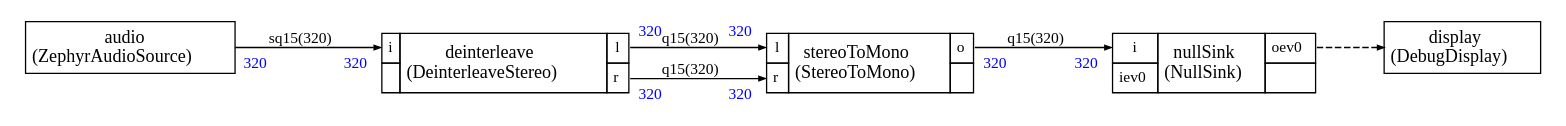
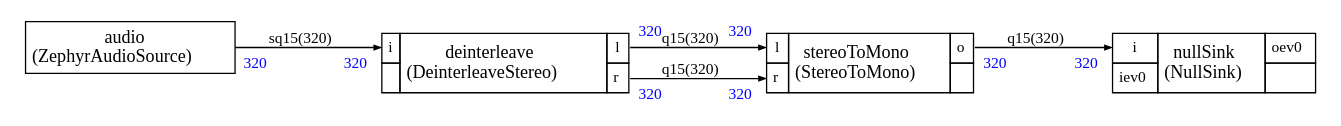
The diagram in src/stream/scheduler/graph.dot (christophe0606/ZephyrAI), drawn with Graphviz before and after one commit. The commit also changed 23 other files, not shown here.

```diff
--- a/src/stream/scheduler/graph.dot
+++ b/src/stream/scheduler/graph.dot
@@ -1,108 +1,98 @@
 
 
 
 
 
 
 digraph structs {
     bgcolor = "white"
     node [shape=plaintext,color="black",fontcolor="black",fontname="Times-Roman"]
     rankdir=LR
     edge [arrowsize="0.5",color="black",fontcolor="black",fontname="Times-Roman"]
 
 
 audio [label=<
 <TABLE color="black" bgcolor="none" BORDER="0" CELLBORDER="1" CELLSPACING="0" CELLPADDING="4">
   <TR>
     <TD ALIGN="CENTER" PORT="i"><FONT COLOR="black" POINT-SIZE="14.0">audio<BR/>(ZephyrAudioSource)</FONT></TD>
   </TR>
 </TABLE>>];
 
 
 deinterleave [label=<
 <TABLE color="black" bgcolor="none" BORDER="0" CELLBORDER="1" CELLSPACING="0" CELLPADDING="4">
   <TR>
     <TD PORT="i"><FONT POINT-SIZE="12.0" COLOR="black">i</FONT></TD>
     <TD ALIGN="CENTER" ROWSPAN="2"><FONT COLOR="black" POINT-SIZE="14.0">deinterleave<BR/>(DeinterleaveStereo)</FONT></TD>
     <TD PORT="l"><FONT POINT-SIZE="12.0" COLOR="black">l</FONT></TD>
   </TR>
 <TR>
  
 <TD></TD>
 <TD PORT="r"><FONT POINT-SIZE="12.0" COLOR="black">r</FONT></TD>
 </TR>
 
 </TABLE>>];
 
 
 nullSink [label=<
 <TABLE color="black" bgcolor="none" BORDER="0" CELLBORDER="1" CELLSPACING="0" CELLPADDING="4">
   <TR>
     <TD PORT="i"><FONT POINT-SIZE="12.0" COLOR="black">i</FONT></TD>
     <TD ALIGN="CENTER" ROWSPAN="2"><FONT COLOR="black" POINT-SIZE="14.0">nullSink<BR/>(NullSink)</FONT></TD>
     <TD PORT="oev0"><FONT POINT-SIZE="12.0" COLOR="black">oev0</FONT></TD>
   </TR>
 <TR>
 <TD PORT="iev0"><FONT POINT-SIZE="12.0" COLOR="black">iev0</FONT></TD>
 
  
 <TD></TD></TR>
 
 </TABLE>>];
 
 
 stereoToMono [label=<
 <TABLE color="black" bgcolor="none" BORDER="0" CELLBORDER="1" CELLSPACING="0" CELLPADDING="4">
   <TR>
     <TD PORT="l"><FONT POINT-SIZE="12.0" COLOR="black">l</FONT></TD>
     <TD ALIGN="CENTER" ROWSPAN="2"><FONT COLOR="black" POINT-SIZE="14.0">stereoToMono<BR/>(StereoToMono)</FONT></TD>
     <TD PORT="o"><FONT POINT-SIZE="12.0" COLOR="black">o</FONT></TD>
   </TR>
 <TR>
 <TD PORT="r"><FONT POINT-SIZE="12.0" COLOR="black">r</FONT></TD>
 
  
 <TD></TD></TR>
 
 </TABLE>>];
 
-display [label=<
-<TABLE color="black" bgcolor="none" BORDER="0" CELLBORDER="1" CELLSPACING="0" CELLPADDING="4">
-  <TR>
-    <TD ALIGN="CENTER" PORT="i"><FONT COLOR="black" POINT-SIZE="14.0">display<BR/>(DebugDisplay)</FONT></TD>
-  </TR>
-</TABLE>>];
-
 
 
 audio:i -> deinterleave:i [style="solid",color="black",fontsize="12.0",fontcolor="black",label=<sq15(320)>
 ,headlabel=<<TABLE BORDER="0" CELLPADDING="4"><TR><TD><FONT COLOR="blue" POINT-SIZE="12.0" >320</FONT>
 </TD></TR></TABLE>>
 ,taillabel=<<TABLE BORDER="0" CELLPADDING="4"><TR><TD><FONT COLOR="blue" POINT-SIZE="12.0" >320</FONT>
 </TD></TR></TABLE>>]
 
 deinterleave:l -> stereoToMono:l [style="solid",color="black",fontsize="12.0",fontcolor="black",label=<q15(320)>
 ,headlabel=<<TABLE BORDER="0" CELLPADDING="4"><TR><TD><FONT COLOR="blue" POINT-SIZE="12.0" >320</FONT>
 </TD></TR></TABLE>>
 ,taillabel=<<TABLE BORDER="0" CELLPADDING="4"><TR><TD><FONT COLOR="blue" POINT-SIZE="12.0" >320</FONT>
 </TD></TR></TABLE>>]
 
 deinterleave:r -> stereoToMono:r [style="solid",color="black",fontsize="12.0",fontcolor="black",label=<q15(320)>
 ,headlabel=<<TABLE BORDER="0" CELLPADDING="4"><TR><TD><FONT COLOR="blue" POINT-SIZE="12.0" >320</FONT>
 </TD></TR></TABLE>>
 ,taillabel=<<TABLE BORDER="0" CELLPADDING="4"><TR><TD><FONT COLOR="blue" POINT-SIZE="12.0" >320</FONT>
 </TD></TR></TABLE>>]
 
 stereoToMono:o -> nullSink:i [style="solid",color="black",fontsize="12.0",fontcolor="black",label=<q15(320)>
 ,headlabel=<<TABLE BORDER="0" CELLPADDING="4"><TR><TD><FONT COLOR="blue" POINT-SIZE="12.0" >320</FONT>
 </TD></TR></TABLE>>
 ,taillabel=<<TABLE BORDER="0" CELLPADDING="4"><TR><TD><FONT COLOR="blue" POINT-SIZE="12.0" >320</FONT>
 </TD></TR></TABLE>>]
 
 
 
-nullSink:oev0 -> display:i [style="dashed",color="black",fontsize="12.0",fontcolor="black",label=<>
-
-]
 
 }
```
